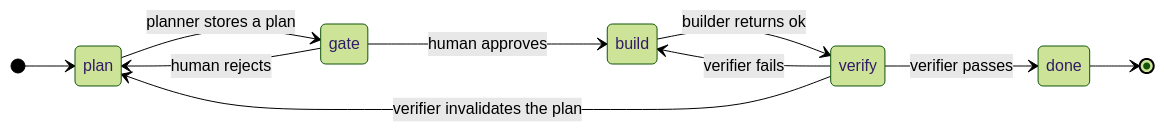
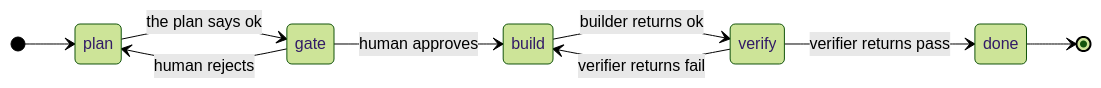
One commit to push-based/iterward changed the diagram in docs/tutorial.md. Above: the diagram before and after it, drawn with Mermaid (forest theme). The commit also changed other lines of this file and 116 other files, not shown here.

````diff
--- a/docs/tutorial.md
+++ b/docs/tutorial.md
@@ -7,13 +7,12 @@
 ```mermaid
 stateDiagram-v2
     direction LR
     [*] --> plan
-    plan --> gate : planner stores a plan
+    plan --> gate : the plan says ok
     gate --> build : human approves
     gate --> plan : human rejects
     build --> verify : builder returns ok
-    verify --> build : verifier fails
-    verify --> plan : verifier invalidates the plan
-    verify --> done : verifier passes
+    verify --> build : verifier returns fail
+    verify --> done : verifier returns pass
     done --> [*]
 ```
````
